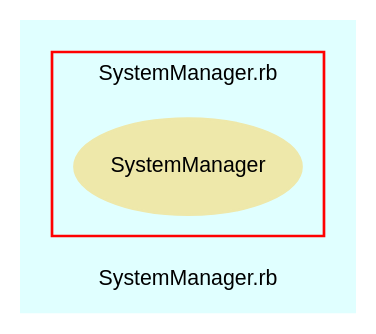
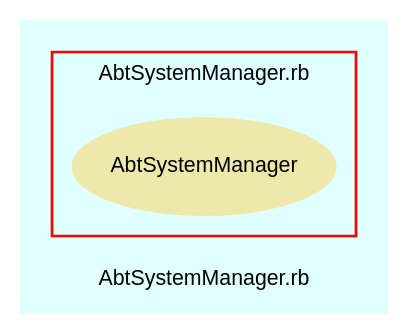
One commit to eschabell/abtlinux changed the diagram in src/trunk/doc/dot/f_3.dot. Above: the diagram before and after it, drawn with Graphviz. The commit also changed 41 other files, not shown here.

```diff
--- a/src/trunk/doc/dot/f_3.dot
+++ b/src/trunk/doc/dot/f_3.dot
@@ -1,28 +1,28 @@
 digraph TopLevel {
     compound = true
     bgcolor = lightcyan1
     fontname = Arial
     fontsize = 8
-    label = "SystemManager.rb"
+    label = "AbtSystemManager.rb"
     node [
         fontname = Arial,
         fontsize = 8,
         color = black
     ]
 
     subgraph cluster_4 {
         fontname = Arial
         color = red
-        label = "SystemManager.rb"
-        SystemManager [
+        label = "AbtSystemManager.rb"
+        AbtSystemManager [
             fontcolor = black,
-            URL = "classes/SystemManager.html",
+            URL = "classes/AbtSystemManager.html",
             shape = ellipse,
             color = palegoldenrod,
             style = filled,
-            label = "SystemManager"
+            label = "AbtSystemManager"
         ]
 
     }
 
 }
```
